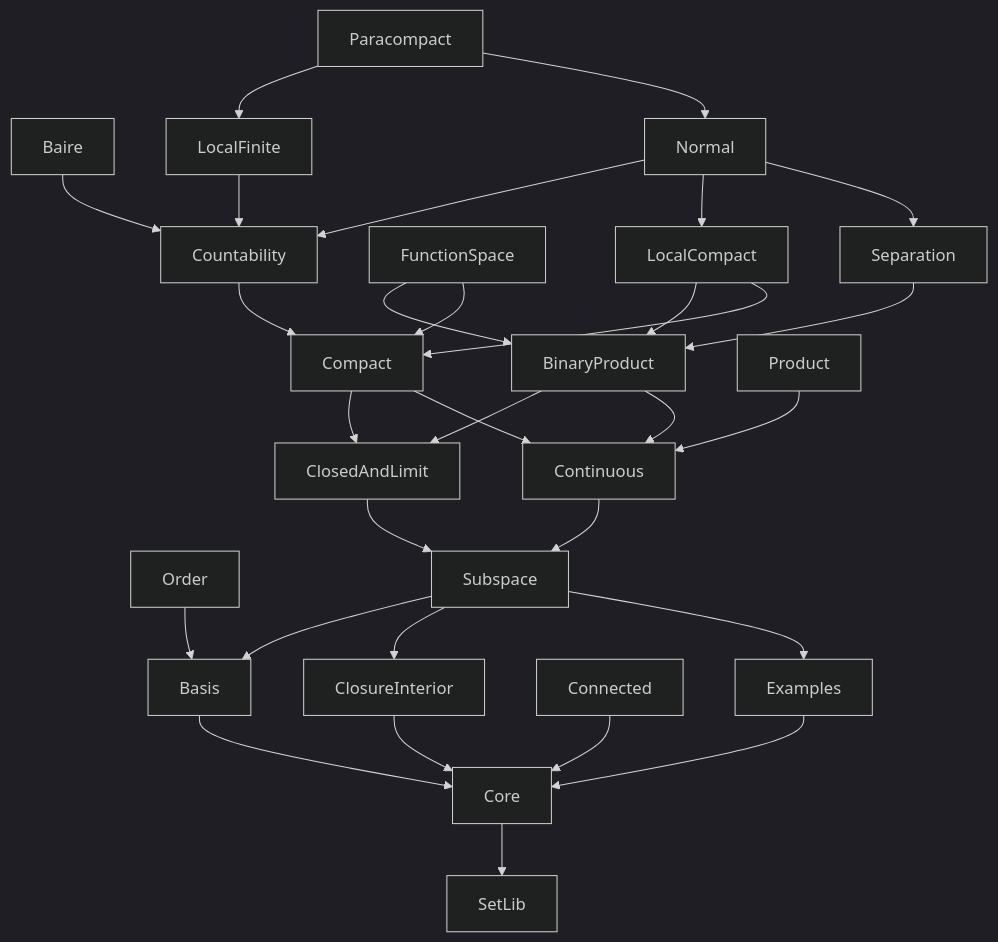
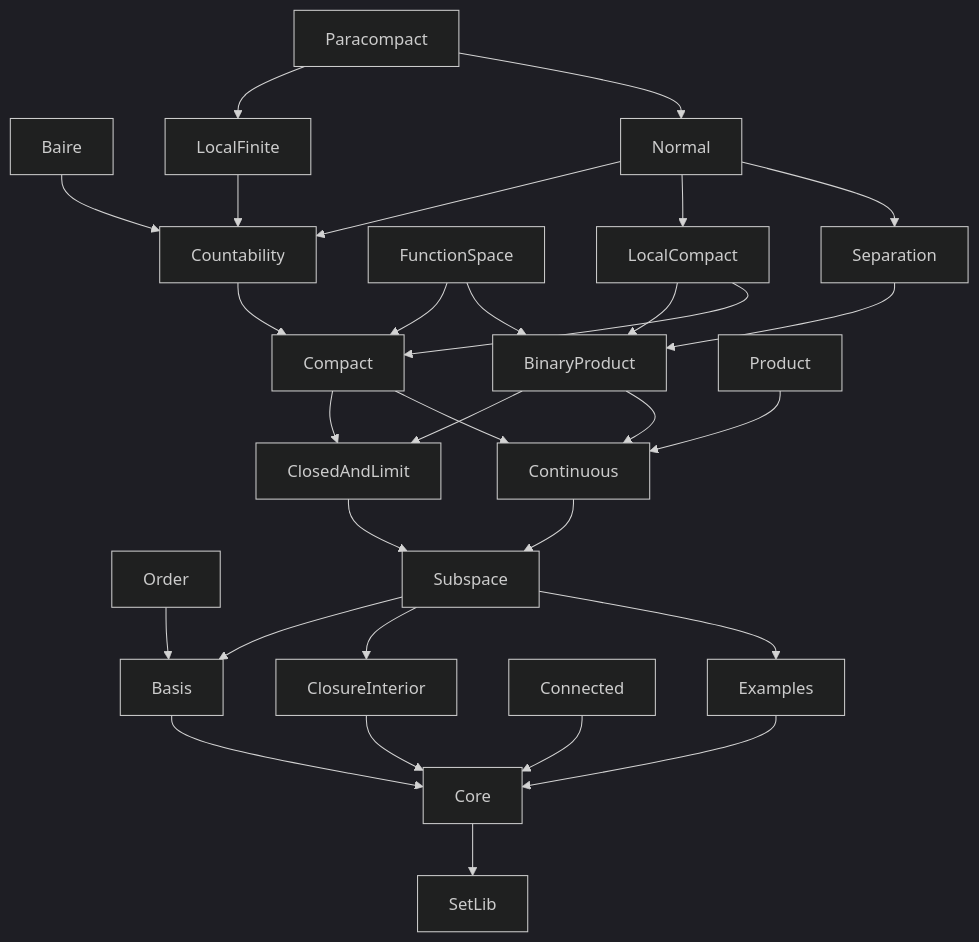
The diagram in DEPENDENCIES.md (ldct/mgw-topology), drawn with Mermaid (dark theme) before and after one commit. The commit also changed other lines of this file, not shown here.

Commit message:
Swap order of FunctionSpace dependencies in DEPENDENCIES.md

````diff
--- a/DEPENDENCIES.md
+++ b/DEPENDENCIES.md
@@ -12,76 +12,76 @@
 ```mermaid
 graph TD
     Baire[Baire]
     Basis[Basis]
     BinaryProduct[BinaryProduct]
     ClosedAndLimit[ClosedAndLimit]
     ClosureInterior[ClosureInterior]
     Compact[Compact]
     Connected[Connected]
     Continuous[Continuous]
     Core[Core]
     Countability[Countability]
     Examples[Examples]
     FunctionSpace[FunctionSpace]
     LocalCompact[LocalCompact]
     LocalFinite[LocalFinite]
     Normal[Normal]
     Order[Order]
     Paracompact[Paracompact]
     Product[Product]
     Separation[Separation]
     SetLib[SetLib]
     Subspace[Subspace]
 
     Baire --> Countability
     Basis --> Core
     BinaryProduct --> ClosedAndLimit
     BinaryProduct --> Continuous
     ClosedAndLimit --> Subspace
     ClosureInterior --> Core
     Compact --> ClosedAndLimit
     Compact --> Continuous
     Connected --> Core
     Continuous --> Subspace
     Core --> SetLib
     Countability --> Compact
     Examples --> Core
+    FunctionSpace --> Compact
     FunctionSpace --> BinaryProduct
-    FunctionSpace --> Compact
     LocalCompact --> BinaryProduct
     LocalCompact --> Compact
     LocalFinite --> Countability
     Normal --> Countability
     Normal --> LocalCompact
     Normal --> Separation
     Order --> Basis
     Paracompact --> LocalFinite
     Paracompact --> Normal
     Product --> Continuous
     Separation --> BinaryProduct
     Subspace --> Basis
     Subspace --> ClosureInterior
     Subspace --> Examples
 
     click Baire "https://github.com/ldct/mgw-topology/blob/main/MgwTopology/Baire.lean"
     click Basis "https://github.com/ldct/mgw-topology/blob/main/MgwTopology/Basis.lean"
     click BinaryProduct "https://github.com/ldct/mgw-topology/blob/main/MgwTopology/BinaryProduct.lean"
     click ClosedAndLimit "https://github.com/ldct/mgw-topology/blob/main/MgwTopology/ClosedAndLimit.lean"
     click ClosureInterior "https://github.com/ldct/mgw-topology/blob/main/MgwTopology/ClosureInterior.lean"
     click Compact "https://github.com/ldct/mgw-topology/blob/main/MgwTopology/Compact.lean"
     click Connected "https://github.com/ldct/mgw-topology/blob/main/MgwTopology/Connected.lean"
     click Continuous "https://github.com/ldct/mgw-topology/blob/main/MgwTopology/Continuous.lean"
     click Core "https://github.com/ldct/mgw-topology/blob/main/MgwTopology/Core.lean"
     click Countability "https://github.com/ldct/mgw-topology/blob/main/MgwTopology/Countability.lean"
     click Examples "https://github.com/ldct/mgw-topology/blob/main/MgwTopology/Examples.lean"
     click FunctionSpace "https://github.com/ldct/mgw-topology/blob/main/MgwTopology/FunctionSpace.lean"
     click LocalCompact "https://github.com/ldct/mgw-topology/blob/main/MgwTopology/LocalCompact.lean"
     click LocalFinite "https://github.com/ldct/mgw-topology/blob/main/MgwTopology/LocalFinite.lean"
     click Normal "https://github.com/ldct/mgw-topology/blob/main/MgwTopology/Normal.lean"
     click Order "https://github.com/ldct/mgw-topology/blob/main/MgwTopology/Order.lean"
     click Paracompact "https://github.com/ldct/mgw-topology/blob/main/MgwTopology/Paracompact.lean"
     click Product "https://github.com/ldct/mgw-topology/blob/main/MgwTopology/Product.lean"
     click Separation "https://github.com/ldct/mgw-topology/blob/main/MgwTopology/Separation.lean"
     click SetLib "https://github.com/ldct/mgw-topology/blob/main/MgwTopology/SetLib.lean"
     click Subspace "https://github.com/ldct/mgw-topology/blob/main/MgwTopology/Subspace.lean"
 ```
````
